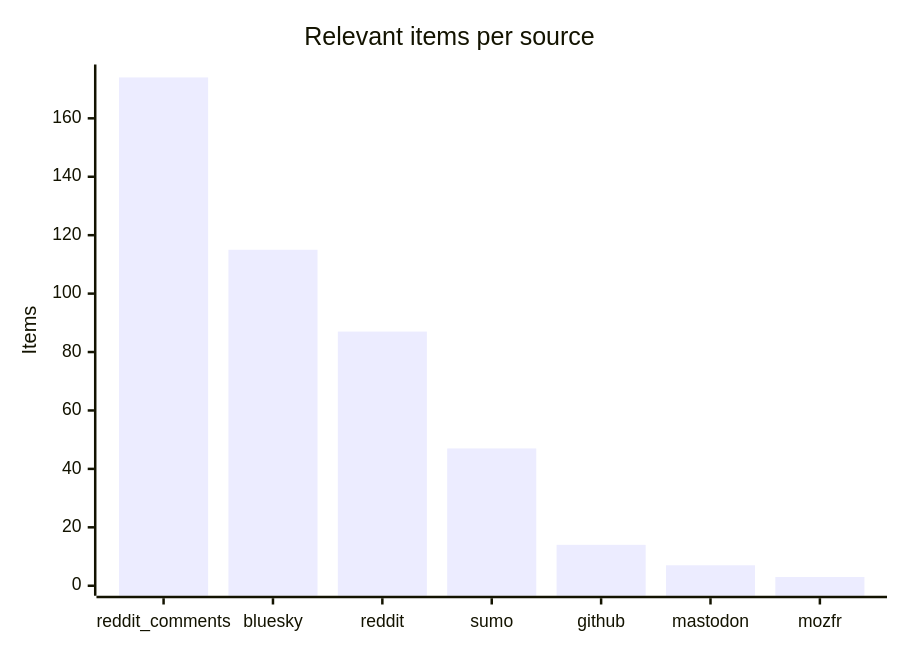
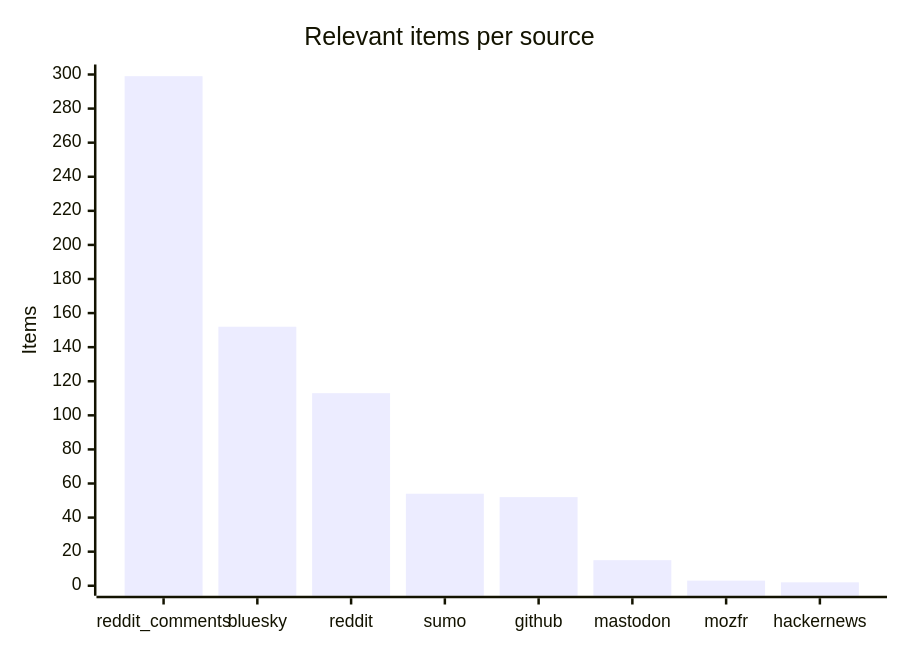
Before and after one commit to martinbalfanz/social-scanner-reports: the third of 4 diagrams in README.md, drawn with Mermaid. The commit also changed other lines of this file and 7 other files, not shown here.

````diff
--- a/README.md
+++ b/README.md
@@ -48,7 +48,7 @@
 ```mermaid
 xychart-beta
     title "Relevant items per source"
-    x-axis ["reddit_comments", "bluesky", "reddit", "sumo", "github", "mastodon", "mozfr"]
-    y-axis "Items" 0 --> 175
-    bar [174, 115, 87, 47, 14, 7, 3]
+    x-axis ["reddit_comments", "bluesky", "reddit", "sumo", "github", "mastodon", "mozfr", "hackernews"]
+    y-axis "Items" 0 --> 300
+    bar [299, 152, 113, 54, 52, 15, 3, 2]
 ```
````
